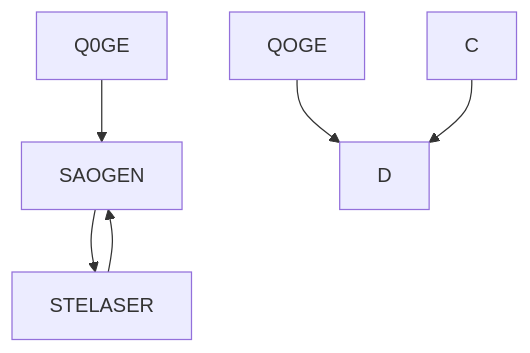
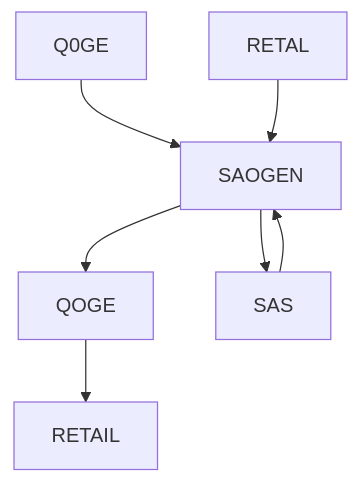
The diagram in README.md (iondns/SAOGEN), drawn with Mermaid before and after one commit.

````diff
--- a/README.md
+++ b/README.md
@@ -71,8 +71,9 @@
 ```mermaid
 graph TD;
     Q0GE-->SAOGEN;
-    SAOGEN-->STELASER;
-    STELASER-->SAOGEN;
-    QOGE-->D;
-    C-->D;
+    SAOGEN-->QOGE;
+    SAOGEN-->SAS;
+    SAS-->SAOGEN;
+    QOGE-->RETAIL;
+    RETAL-->SAOGEN;
 ```
````
